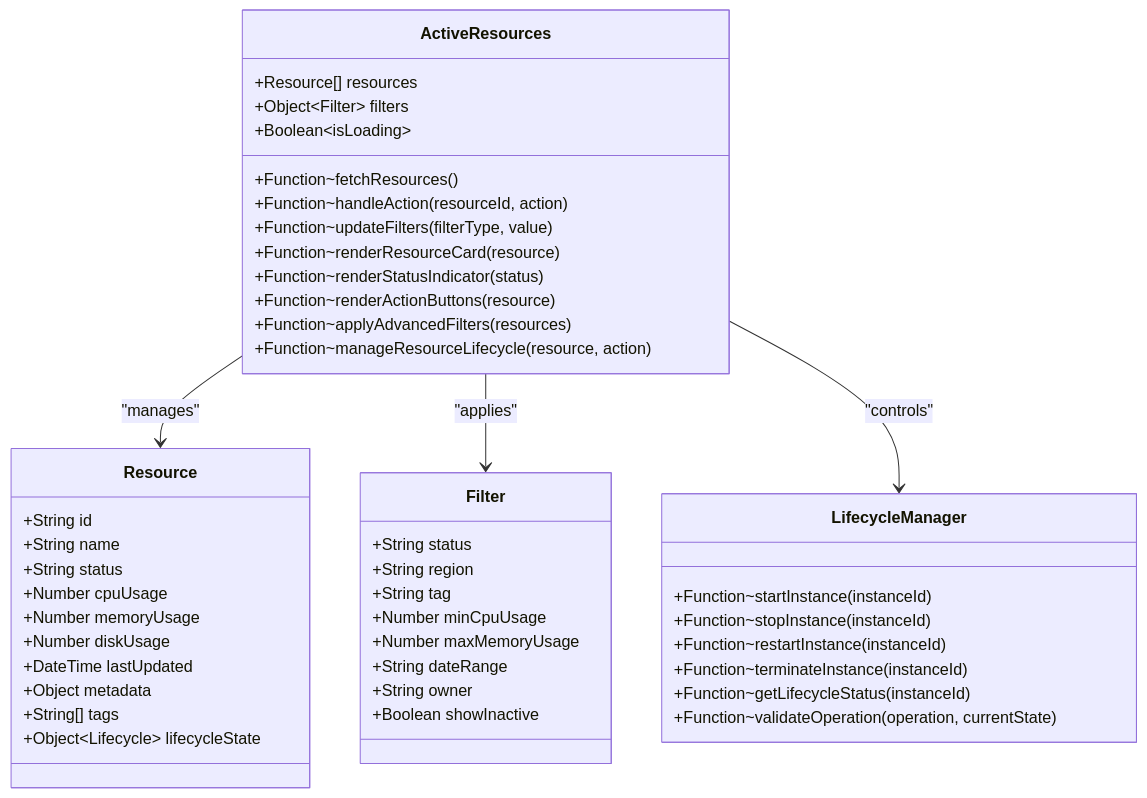
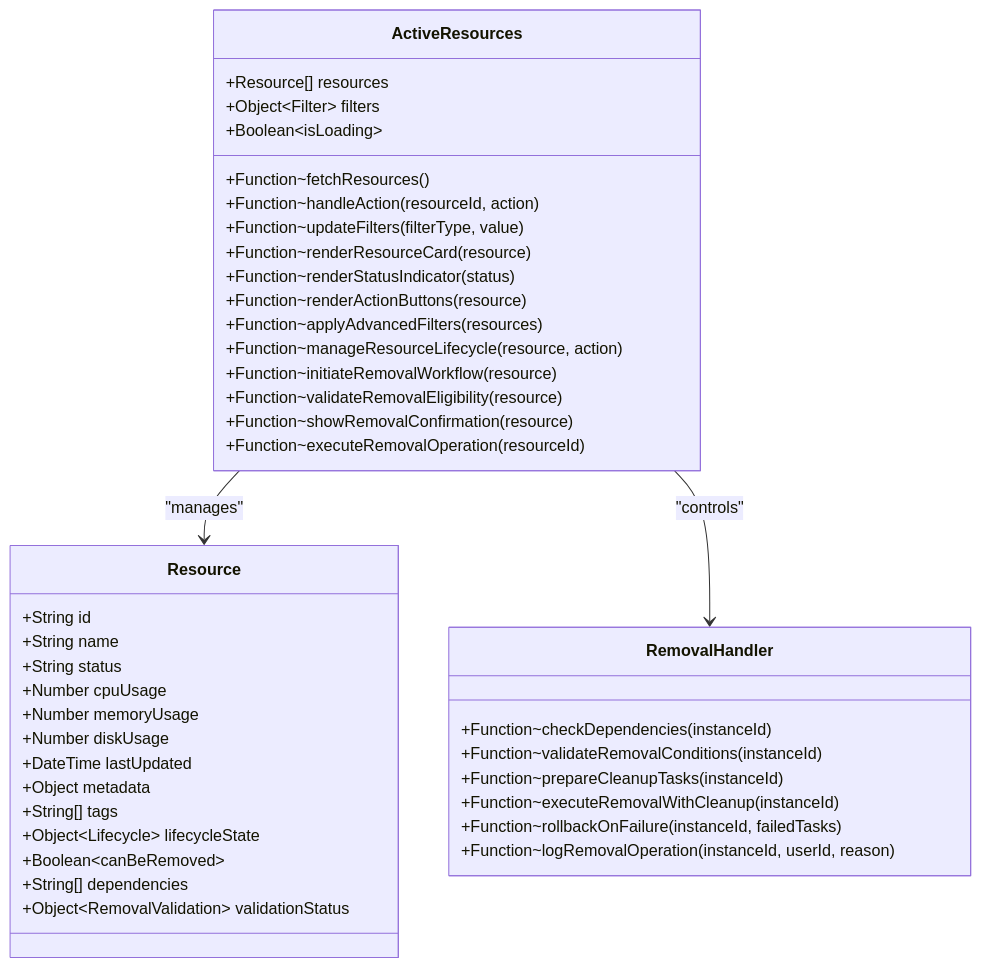
One commit to 14Lucifer/hackathon_ecs_creator changed the third of 6 diagrams in .qoder/repowiki/en/content/Frontend Development/Page Components & Routing/Active Resource Monitoring.md. Above: the diagram before and after it, drawn with Mermaid. The commit also changed other lines of this file and 92 other files, not shown here.

````diff
--- a/.qoder/repowiki/en/content/Frontend Development/Page Components & Routing/Active Resource Monitoring.md
+++ b/.qoder/repowiki/en/content/Frontend Development/Page Components & Routing/Active Resource Monitoring.md
@@ -188,49 +206,45 @@
 ```mermaid
 classDiagram
 class ActiveResources {
 +Resource[] resources
 +Object~Filter~ filters
 +Boolean~isLoading~
 +Function~fetchResources()
 +Function~handleAction(resourceId, action)
 +Function~updateFilters(filterType, value)
 +Function~renderResourceCard(resource)
 +Function~renderStatusIndicator(status)
 +Function~renderActionButtons(resource)
 +Function~applyAdvancedFilters(resources)
 +Function~manageResourceLifecycle(resource, action)
++Function~initiateRemovalWorkflow(resource)
++Function~validateRemovalEligibility(resource)
++Function~showRemovalConfirmation(resource)
++Function~executeRemovalOperation(resourceId)
 }
 class Resource {
 +String id
 +String name
 +String status
 +Number cpuUsage
 +Number memoryUsage
 +Number diskUsage
 +DateTime lastUpdated
 +Object metadata
 +String[] tags
 +Object~Lifecycle~ lifecycleState
++Boolean~canBeRemoved~
++String[] dependencies
++Object~RemovalValidation~ validationStatus
 }
-class Filter {
-+String status
-+String region
-+String tag
-+Number minCpuUsage
-+Number maxMemoryUsage
-+String dateRange
-+String owner
-+Boolean showInactive
-}
-class LifecycleManager {
-+Function~startInstance(instanceId)
-+Function~stopInstance(instanceId)
-+Function~restartInstance(instanceId)
-+Function~terminateInstance(instanceId)
-+Function~getLifecycleStatus(instanceId)
-+Function~validateOperation(operation, currentState)
+class RemovalHandler {
++Function~checkDependencies(instanceId)
++Function~validateRemovalConditions(instanceId)
++Function~prepareCleanupTasks(instanceId)
++Function~executeRemovalWithCleanup(instanceId)
++Function~rollbackOnFailure(instanceId, failedTasks)
++Function~logRemovalOperation(instanceId, userId, reason)
 }
 ActiveResources --> Resource : "manages"
-ActiveResources --> Filter : "applies"
-ActiveResources --> LifecycleManager : "controls"
+ActiveResources --> RemovalHandler : "controls"
 ```
````
